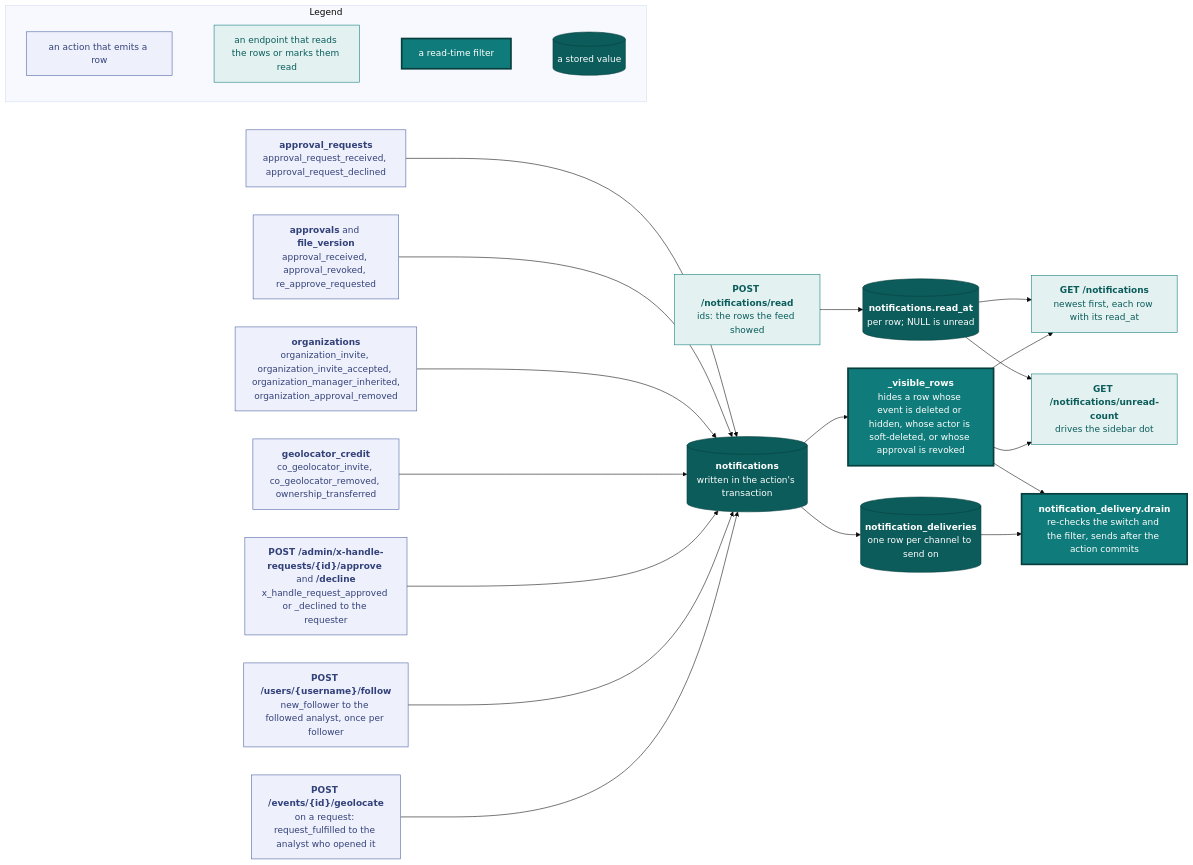
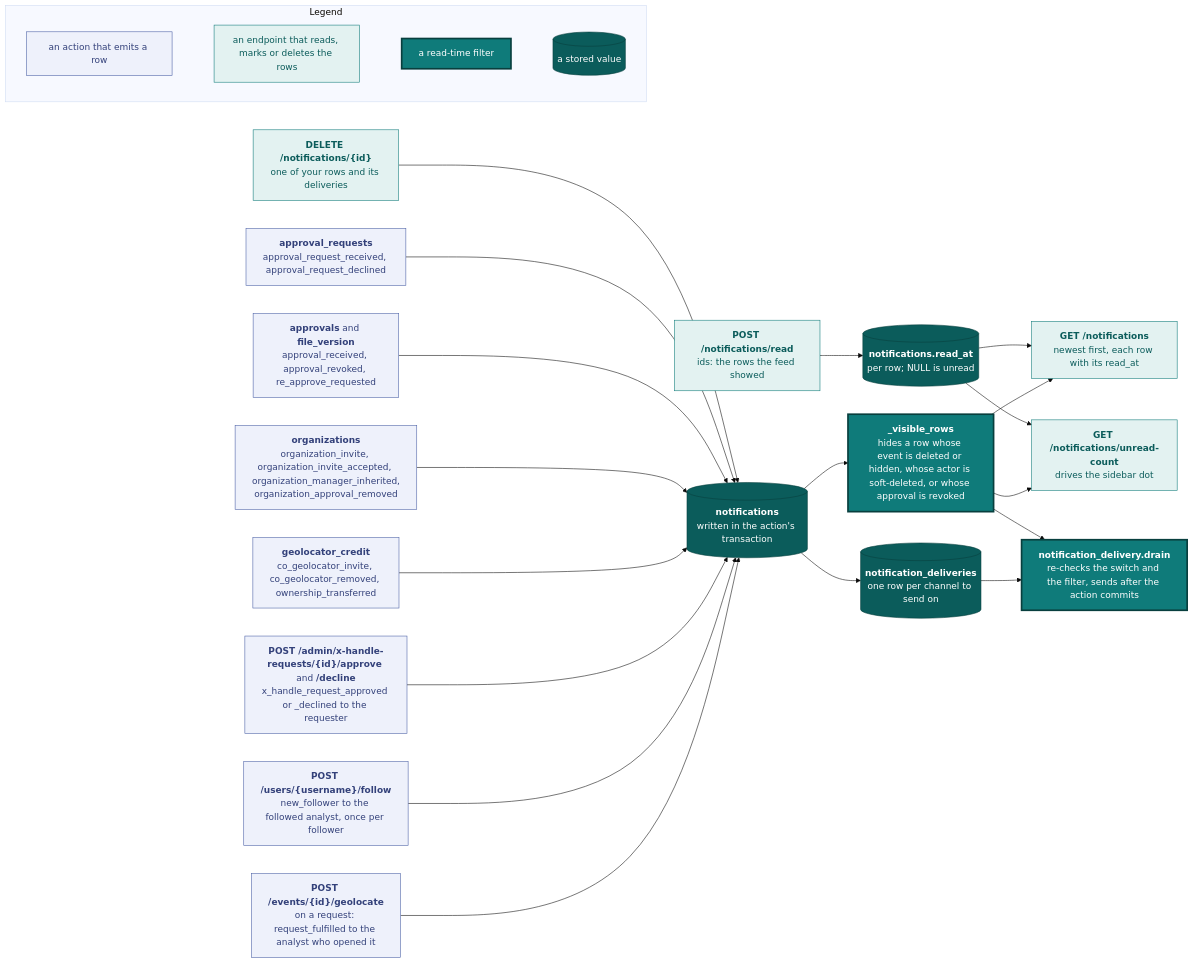
Before and after one commit to vidithq/vidit: the seventh of 8 diagrams in docs/api.md, drawn with Mermaid (base theme). The commit also changed other lines of this file and 10 other files, not shown here.

First line of the commit message:
feat(notifications): delete a notification from its row

````diff
--- a/docs/api.md
+++ b/docs/api.md
@@ -2546,64 +2548,67 @@
 ```mermaid
 flowchart LR
   classDef spec fill:#eef1fb,stroke:#4a5fa5,color:#33417a
   classDef shared fill:#e3f2f1,stroke:#0f7b7a,color:#0b5c5b
   classDef core fill:#0f7b7a,stroke:#083f3e,stroke-width:3px,color:#ffffff
   classDef store fill:#0b5c5b,stroke:#083f3e,color:#ffffff
 
   subgraph legend [Legend]
     direction LR
     l1["`an action that emits a row`"]:::spec
-    l2["`an endpoint that reads the rows or marks them read`"]:::shared
+    l2["`an endpoint that reads, marks or deletes the rows`"]:::shared
     l3["`a read-time filter`"]:::core
     l4[("`a stored value`")]:::store
     l1 ~~~ l2 ~~~ l3 ~~~ l4
   end
 
   geolocate["`**POST /events/{id}/geolocate**
   on a request: request_fulfilled to the analyst who opened it`"]:::spec
   follow["`**POST /users/{username}/follow**
   new_follower to the followed analyst, once per follower`"]:::spec
   xhandle["`**POST /admin/x-handle-requests/{id}/approve** and **/decline**
   x_handle_request_approved or _declined to the requester`"]:::spec
   credit["`**geolocator_credit**
   co_geolocator_invite, co_geolocator_removed, ownership_transferred`"]:::spec
   orgs["`**organizations**
   organization_invite, organization_invite_accepted, organization_manager_inherited,
   organization_approval_removed`"]:::spec
   approvals["`**approvals** and **file_version**
   approval_received, approval_revoked, re_approve_requested`"]:::spec
   reviews["`**approval_requests**
   approval_request_received, approval_request_declined`"]:::spec
   rows[("`**notifications**
   written in the action's transaction`")]:::store
   visible["`**_visible_rows**
   hides a row whose event is deleted or hidden, whose actor is soft-deleted, or whose approval is revoked`"]:::core
   feed["`**GET /notifications**
   newest first, each row with its read_at`"]:::shared
   count["`**GET /notifications/unread-count**
   drives the sidebar dot`"]:::shared
   read["`**POST /notifications/read**
   ids: the rows the feed showed`"]:::shared
+  delete["`**DELETE /notifications/{id}**
+  one of your rows and its deliveries`"]:::shared
   readat[("`**notifications.read_at**
   per row; NULL is unread`")]:::store
   queue[("`**notification_deliveries**
   one row per channel to send on`")]:::store
   worker["`**notification_delivery.drain**
   re-checks the switch and the filter, sends after the action commits`"]:::core
 
   geolocate --> rows
   follow --> rows
   xhandle --> rows
   credit --> rows
   orgs --> rows
   approvals --> rows
   reviews --> rows
   rows --> visible
   visible --> feed
   visible --> count
   read --> readat
   readat --> count
   readat --> feed
   rows --> queue --> worker
   visible --> worker
+  delete --> rows
 ```
````
